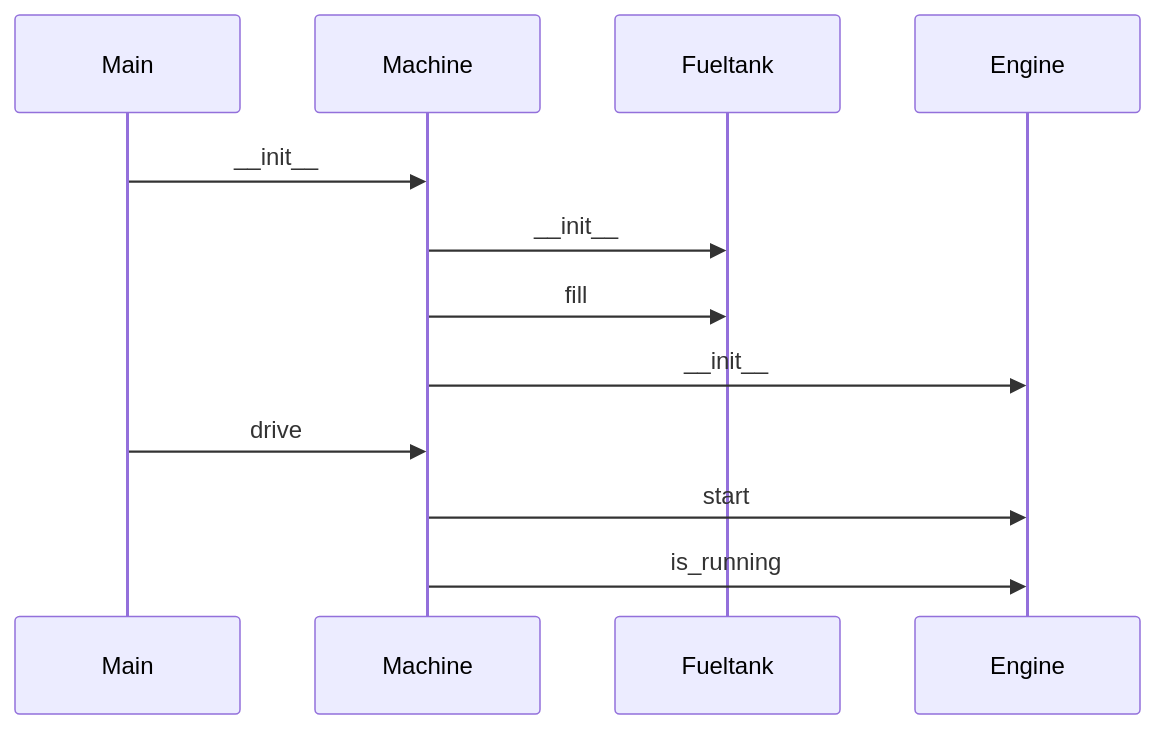
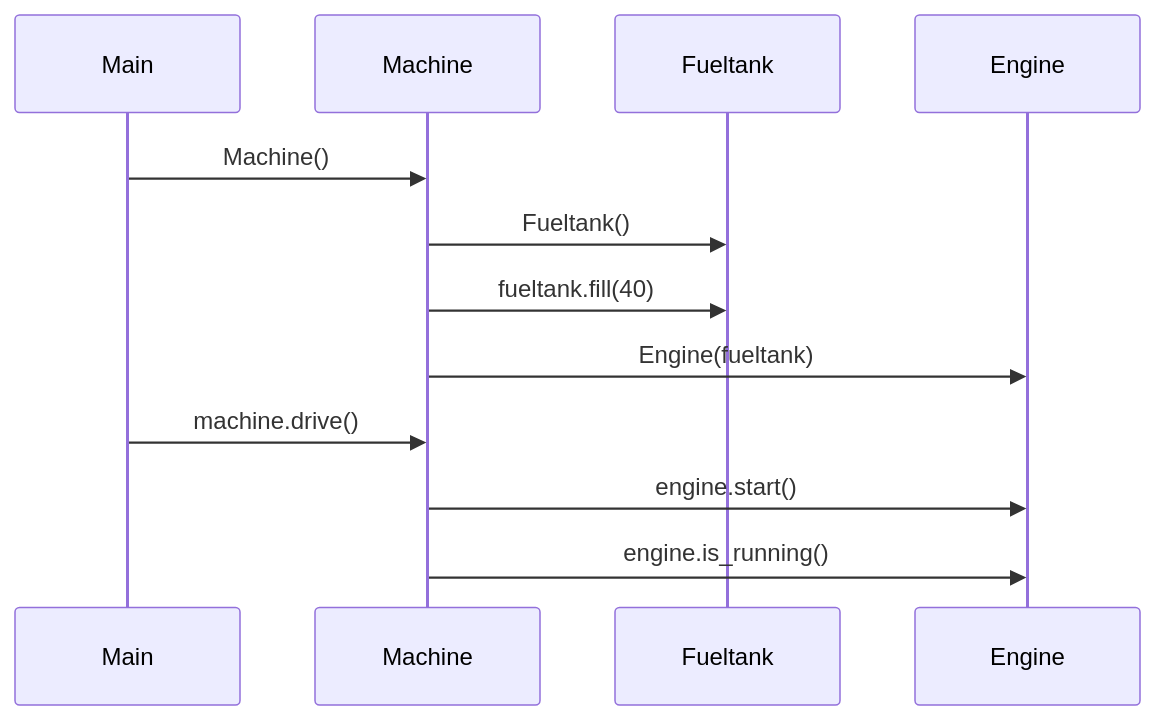
One commit to arolaeemil/ot-harjoitustyo changed the diagram in laskarit/viikko3/Sekvenssikaavio.md. Above: the diagram before and after it, drawn with Mermaid.

````diff
--- a/laskarit/viikko3/Sekvenssikaavio.md
+++ b/laskarit/viikko3/Sekvenssikaavio.md
@@ -1,15 +1,15 @@
 ```mermaid
  sequenceDiagram
     participant Main
     participant Machine
     participant Fueltank
     participant Engine
-    Main->>Machine: __init__
-    Machine->>Fueltank: __init__
-    Machine->>Fueltank: fill
-    Machine->>Engine: __init__
-    Main->>Machine: drive
-    Machine->>Engine: start
-    Machine->>Engine: is_running
+    Main->>Machine: Machine()
+    Machine->>Fueltank: Fueltank()
+    Machine->>Fueltank: fueltank.fill(40)
+    Machine->>Engine: Engine(fueltank)
+    Main->>Machine: machine.drive()
+    Machine->>Engine: engine.start()
+    Machine->>Engine: engine.is_running()
     
 ```
````
